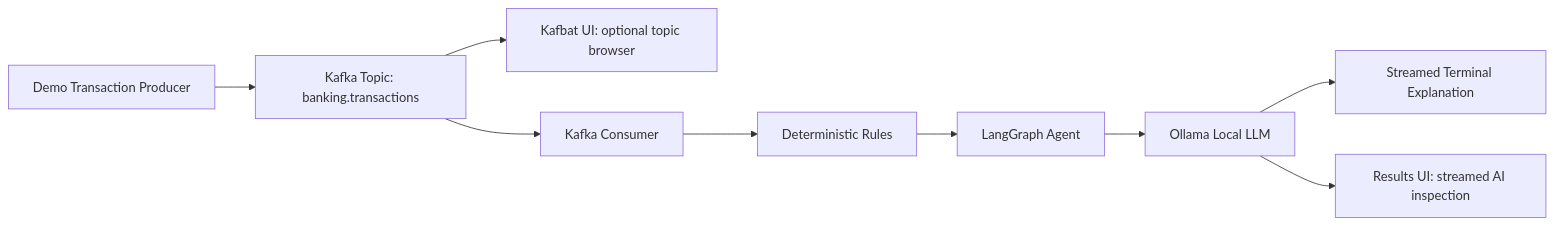
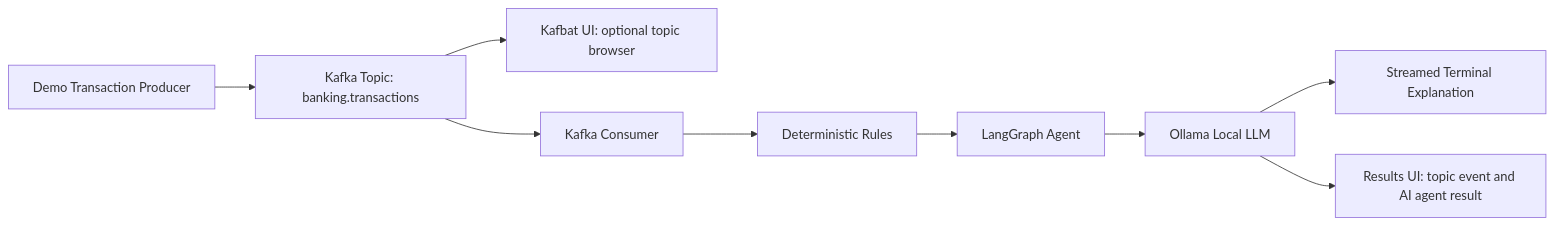
The diagram in README.md (thomassuedbroecker/simple_kafka_example), drawn with Mermaid before and after one commit. The commit also changed other lines of this file and 6 other files, not shown here.

First line of the commit message:
Show topic event and agent flow in results UI

````diff
--- a/README.md
+++ b/README.md
@@ -65,11 +65,11 @@
 ```mermaid
 flowchart LR
     A[Demo Transaction Producer] --> B[Kafka Topic: banking.transactions]
     B --> H[Kafbat UI: optional topic browser]
     B --> C[Kafka Consumer]
     C --> D[Deterministic Rules]
     D --> E[LangGraph Agent]
     E --> F[Ollama Local LLM]
     F --> G[Streamed Terminal Explanation]
-    F --> I[Results UI: streamed AI inspection]
+    F --> I[Results UI: topic event and AI agent result]
 ```
````
